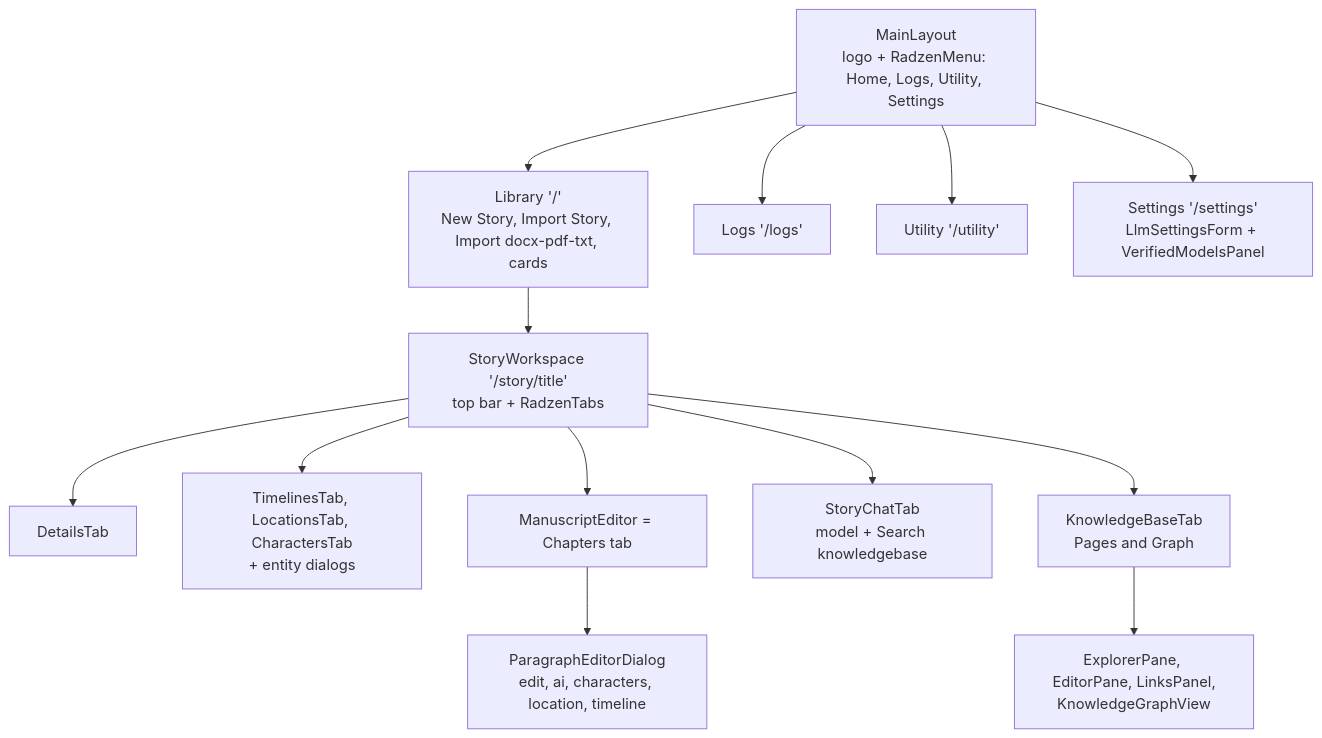
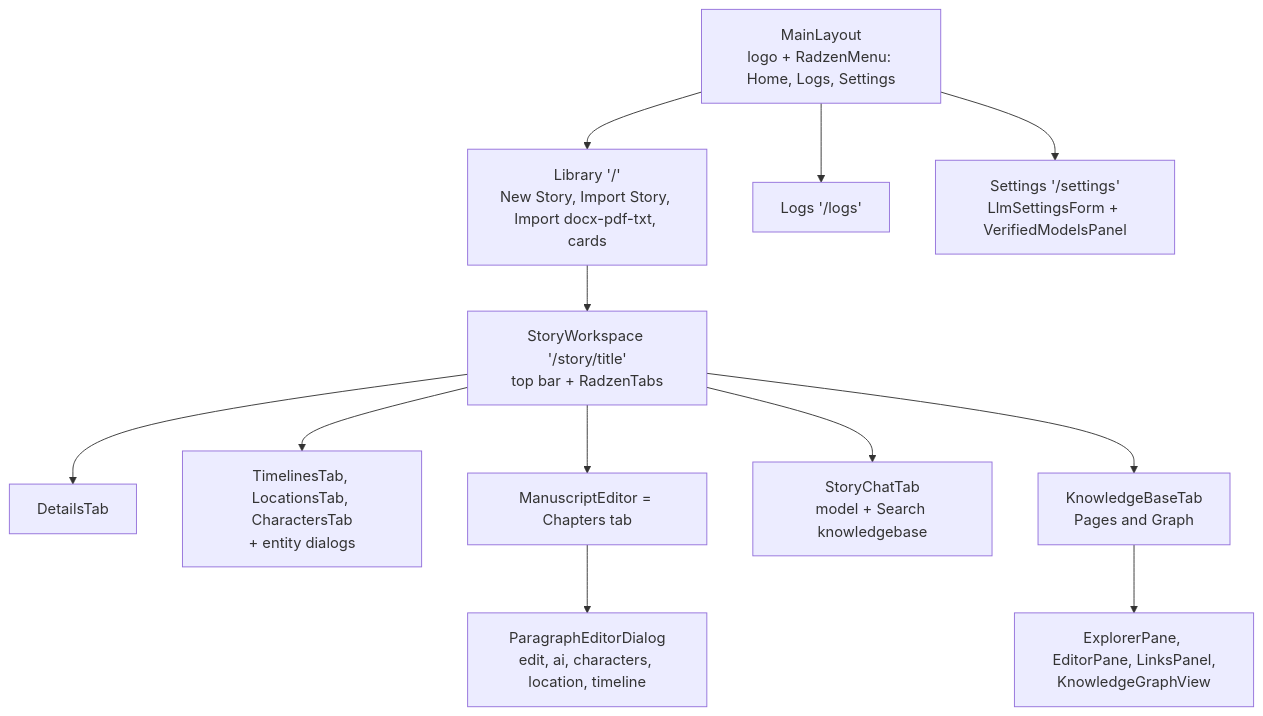
One commit to AIStoryBuilders/AIStoryBuildersV2 changed the third of 10 diagrams in Docs/AIStoryBuildersV2-Plan.md. Above: the diagram before and after it, drawn with Mermaid. The commit also changed other lines of this file and 37 other files, not shown here.

````diff
--- a/Docs/AIStoryBuildersV2-Plan.md
+++ b/Docs/AIStoryBuildersV2-Plan.md
@@ -379,29 +379,27 @@
 ```mermaid
 graph TD
-    Layout["MainLayout<br/>logo + RadzenMenu: Home, Logs, Utility, Settings"]
+    Layout["MainLayout<br/>logo + RadzenMenu: Home, Logs, Settings"]
     Lib["Library '/'<br/>New Story, Import Story, Import docx-pdf-txt, cards"]
     Logs["Logs '/logs'"]
-    Util["Utility '/utility'"]
     Set["Settings '/settings'<br/>LlmSettingsForm + VerifiedModelsPanel"]
     WS["StoryWorkspace '/story/title'<br/>top bar + RadzenTabs"]
     Det["DetailsTab"]
     Ent["TimelinesTab, LocationsTab, CharactersTab<br/>+ entity dialogs"]
     ME["ManuscriptEditor = Chapters tab"]
     PE["ParagraphEditorDialog<br/>edit, ai, characters, location, timeline"]
     Chat["StoryChatTab<br/>model + Search knowledgebase"]
     KBT["KnowledgeBaseTab<br/>Pages and Graph"]
     KBC["ExplorerPane, EditorPane, LinksPanel,<br/>KnowledgeGraphView"]
 
     Layout --> Lib
     Layout --> Logs
-    Layout --> Util
     Layout --> Set
     Lib --> WS
     WS --> Det
     WS --> Ent
     WS --> ME
     ME --> PE
     WS --> Chat
     WS --> KBT
     KBT --> KBC
 ```
````
